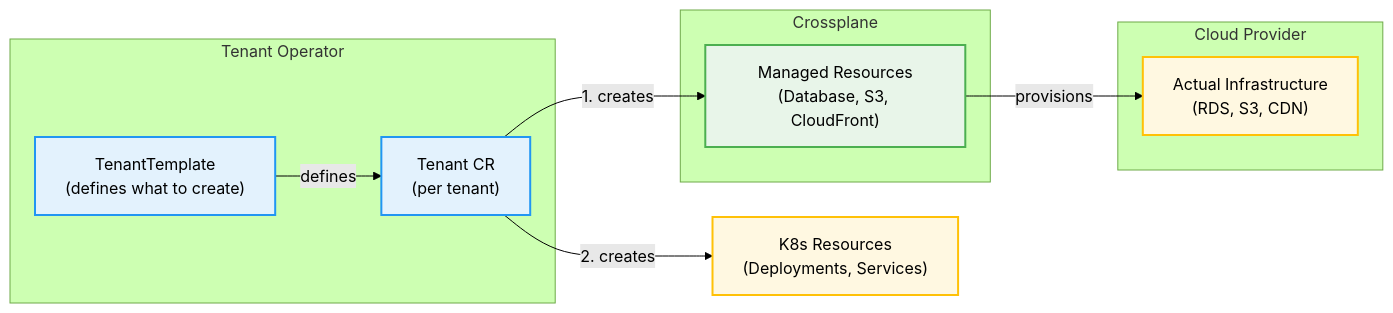
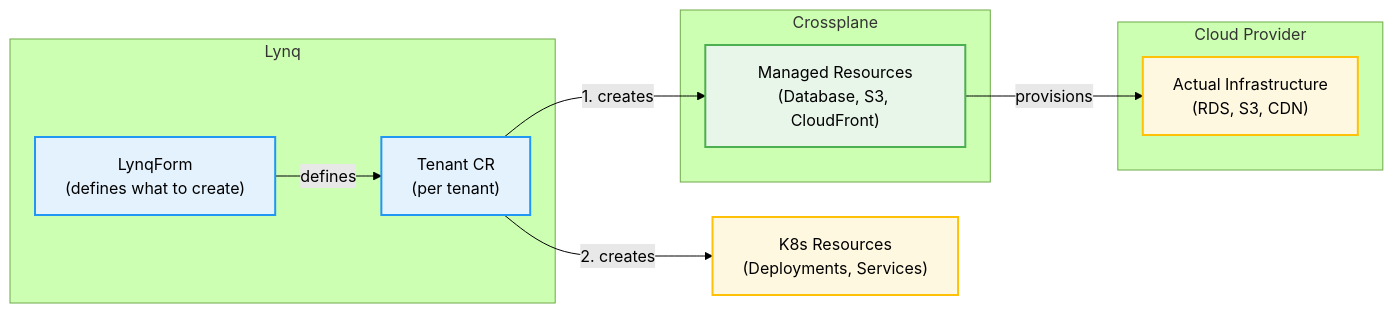
Before and after one commit to kubernetes-tenants/tenant-operator: the first of 2 diagrams in docs/integration-crossplane.md, drawn with Mermaid (forest theme). The commit also changed other lines of this file and 193 other files, not shown here.

````diff
--- a/docs/integration-crossplane.md
+++ b/docs/integration-crossplane.md
@@ -15,28 +15,28 @@
 ```mermaid
 flowchart LR
-    subgraph TO["Tenant Operator"]
-        Template["TenantTemplate<br/>(defines what to create)"]
+    subgraph TO["Lynq"]
+        Template["LynqForm<br/>(defines what to create)"]
         Tenant["Tenant CR<br/>(per tenant)"]
     end
 
     subgraph XP["Crossplane"]
         ManagedRes["Managed Resources<br/>(Database, S3, CloudFront)"]
     end
 
     subgraph Cloud["Cloud Provider"]
         CloudRes["Actual Infrastructure<br/>(RDS, S3, CDN)"]
     end
 
     Template -->|"defines"| Tenant
     Tenant -->|"1. creates"| ManagedRes
     Tenant -->|"2. creates"| K8s["K8s Resources<br/>(Deployments, Services)"]
     ManagedRes -->|"provisions"| CloudRes
 
     classDef tenant fill:#e3f2fd,stroke:#2196f3,stroke-width:2px;
     classDef crossplane fill:#e8f5e9,stroke:#4caf50,stroke-width:2px;
     classDef cloud fill:#fff8e1,stroke:#ffc107,stroke-width:2px;
 
     class Template,Tenant tenant;
     class ManagedRes crossplane;
     class CloudRes,K8s cloud;
 ```
````
